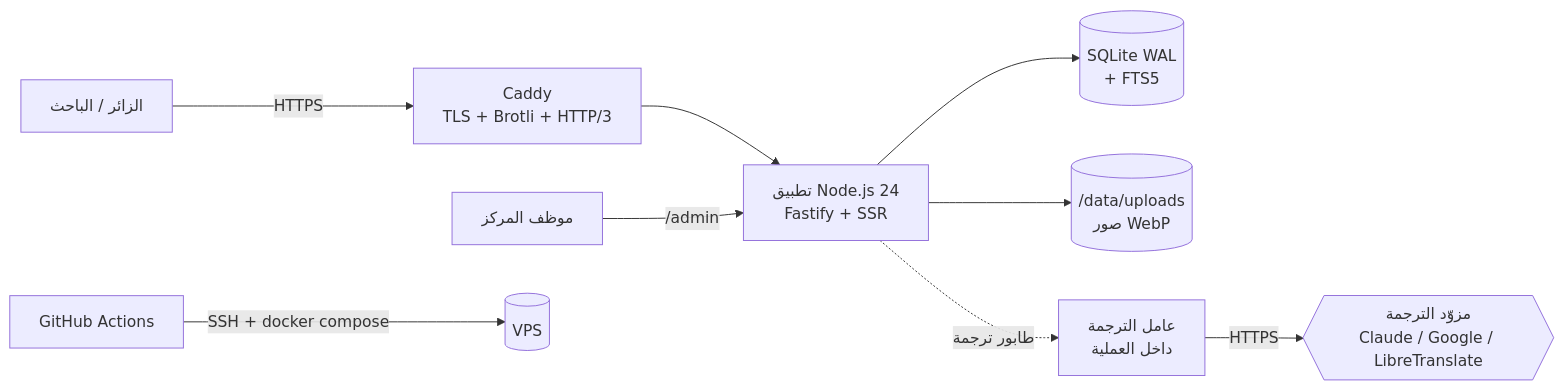
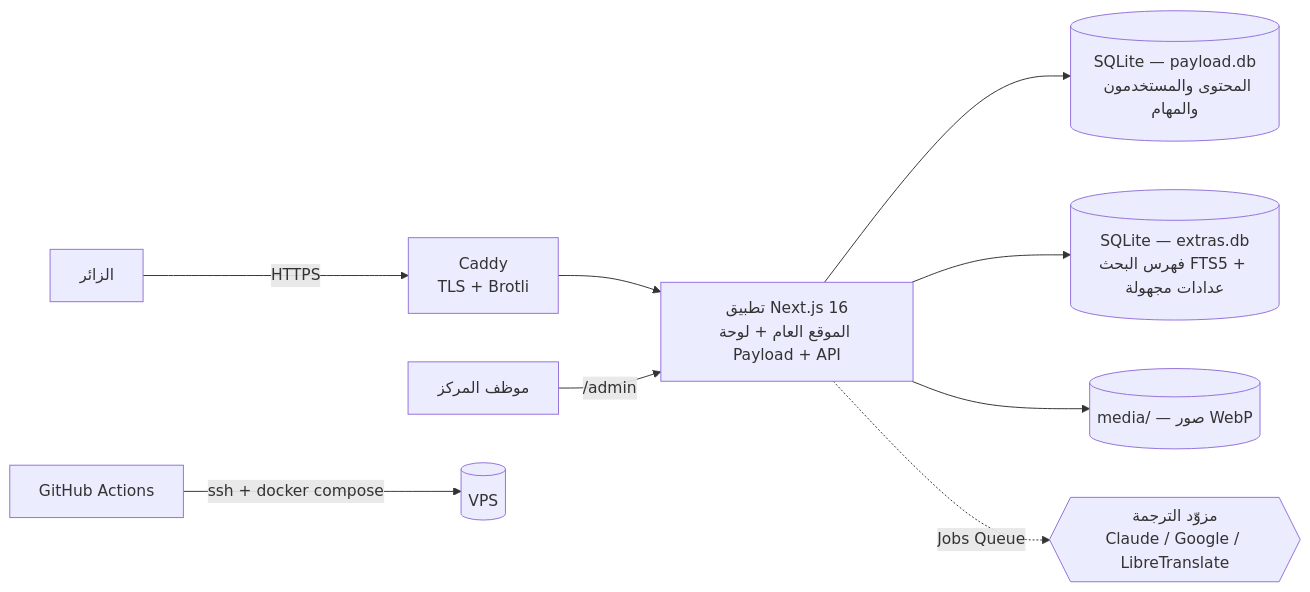
The diagram in docs/02-plan/02-architecture.md (Novixa-dev/hadramout-center-platform), drawn with Mermaid before and after one commit. The commit also changed other lines of this file and 156 other files, not shown here.

First line of the commit message:
feat: rebuild platform on Next.js 16 + Payload CMS 3 with AI translation, Docker deploy and docs

````diff
--- a/docs/02-plan/02-architecture.md
+++ b/docs/02-plan/02-architecture.md
@@ -5,11 +7,11 @@
 ```mermaid
 flowchart LR
-  V[الزائر / الباحث] -->|HTTPS| C[Caddy<br/>TLS + Brotli + HTTP/3]
-  C --> A[تطبيق Node.js 24<br/>Fastify + SSR]
-  A --> DB[(SQLite WAL<br/>+ FTS5)]
-  A --> FS[(/data/uploads<br/>صور WebP)]
-  A -. طابور ترجمة .-> W[عامل الترجمة<br/>داخل العملية]
-  W -->|HTTPS| P{{مزوّد الترجمة<br/>Claude / Google / LibreTranslate}}
-  M[موظف المركز] -->|/admin| A
-  GH[GitHub Actions] -->|SSH + docker compose| VPS[(VPS)]
+  V[الزائر] -->|HTTPS| C[Caddy<br/>TLS + Brotli]
+  C --> A[تطبيق Next.js 16<br/>الموقع العام + لوحة Payload + API]
+  A --> DB[(SQLite — payload.db<br/>المحتوى والمستخدمون والمهام)]
+  A --> X[(SQLite — extras.db<br/>فهرس البحث FTS5 + عدادات مجهولة)]
+  A --> M[(media/ — صور WebP)]
+  A -. Jobs Queue .-> T{{مزوّد الترجمة<br/>Claude / Google / LibreTranslate}}
+  E[موظف المركز] -->|/admin| A
+  GH[GitHub Actions] -->|ssh + docker compose| VPS[(VPS)]
 ```
````
